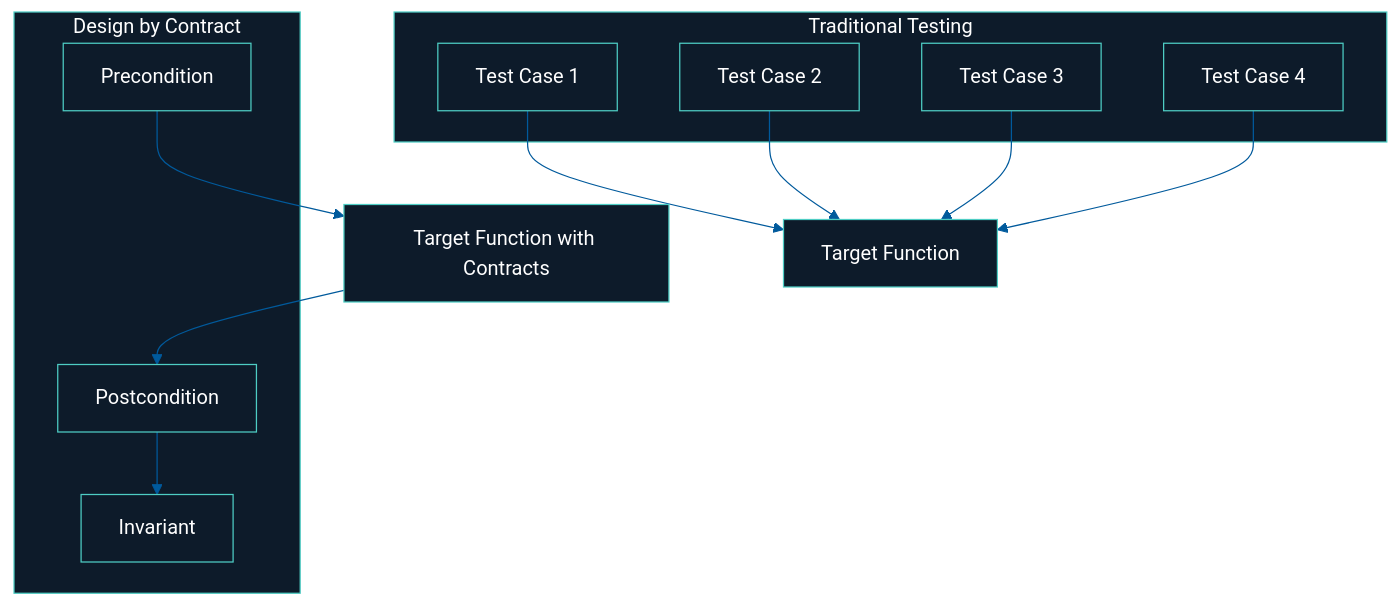
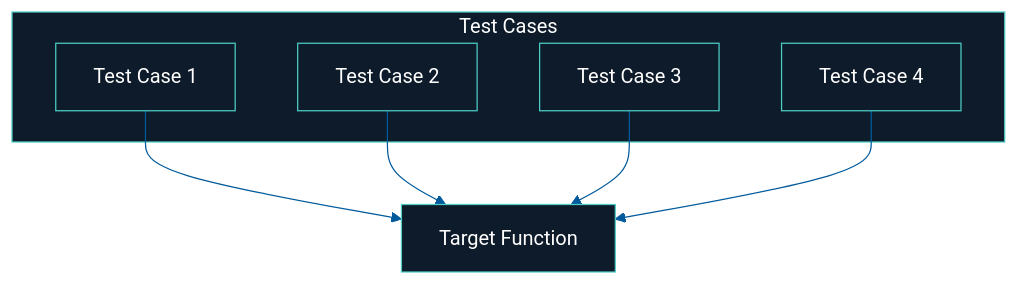
The first of 2 diagrams in docs/contracts-vs-tests.md (beyondtesting-dev/beyondtesting.dev), drawn with Mermaid before and after one commit. The commit also changed other lines of this file and 5 other files, not shown here.

Commit message:
Added new page: contract responsibility flow

````diff
--- a/docs/contracts-vs-tests.md
+++ b/docs/contracts-vs-tests.md
@@ -42,42 +44,32 @@
 ```mermaid
 %%{init: {
   "theme": "base",
   "themeVariables": {
     "background": "transparent",
     "primaryColor": "#0D1B2A",
     "primaryTextColor": "#ffffff",
     "secondaryTextColor": "#ffffff",
     "tertiaryTextColor": "#ffffff",
     "textColor": "#ffffff",
     "primaryBorderColor": "#4ECDC4",
     "lineColor": "#005A9C",
     "secondaryColor": "#13283F",
     "tertiaryColor": "#1B3550",
     "clusterBkg": "#0D1B2A",
     "clusterBorder": "#4ECDC4"
   }
 }}%%
 flowchart TD
   A[Test Case 1] --> Z
   B[Test Case 2] --> Z
   C[Test Case 3] --> Z
   D[Test Case 4] --> Z
   Z[Target Function]
 
-  subgraph Traditional Testing
+  subgraph Test Cases
     A
     B
     C
     D
   end
-
-  X[Precondition] --> T[Target Function with Contracts]
-  T --> Y[Postcondition]
-  Y --> I[Invariant]
-
-  subgraph Design by Contract
-    X
-    Y
-    I
-  end
 ```
````
